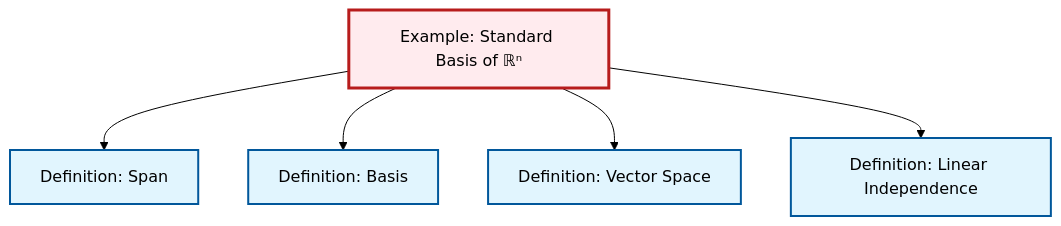
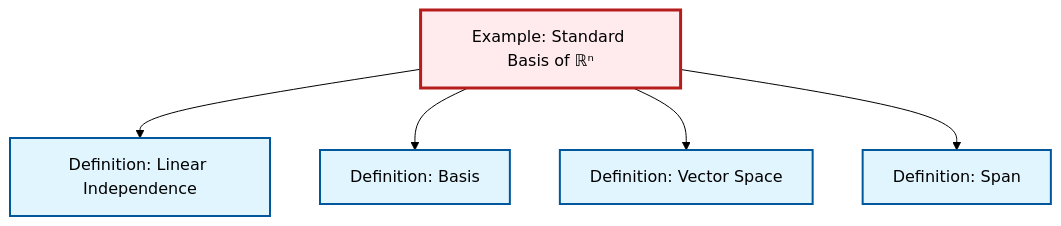
One commit to RK0429/ModernMath changed the diagram in content/en/algebra/ex-standard-basis-rn.qmd. Above: the diagram before and after it, drawn with Mermaid (forest theme). The commit also changed other lines of this file and 17 other files, not shown here.

````diff
--- a/content/en/algebra/ex-standard-basis-rn.qmd
+++ b/content/en/algebra/ex-standard-basis-rn.qmd
@@ -62,23 +62,23 @@
 ```{mermaid}
 %%| fig-cap: "Local dependency graph"
 graph TD
     classDef definition fill:#e1f5fe,stroke:#01579b,stroke-width:2px
     classDef theorem fill:#f3e5f5,stroke:#4a148c,stroke-width:2px
     classDef axiom fill:#fff3e0,stroke:#e65100,stroke-width:2px
     classDef example fill:#e8f5e9,stroke:#1b5e20,stroke-width:2px
     classDef current fill:#ffebee,stroke:#b71c1c,stroke-width:3px
     def-vector-space["Definition: Vector Space"]:::definition
+    def-basis["Definition: Basis"]:::definition
+    def-linear-independence["Definition: Linear Independence"]:::definition
+    ex-standard-basis-rn["Example: Standard Basis of ℝⁿ"]:::example
     def-span["Definition: Span"]:::definition
-    def-basis["Definition: Basis"]:::definition
-    ex-standard-basis-rn["Example: Standard Basis of ℝⁿ"]:::example
-    def-linear-independence["Definition: Linear Independence"]:::definition
-    ex-standard-basis-rn --> def-span
+    ex-standard-basis-rn --> def-linear-independence
     ex-standard-basis-rn --> def-basis
     ex-standard-basis-rn --> def-vector-space
-    ex-standard-basis-rn --> def-linear-independence
+    ex-standard-basis-rn --> def-span
     class ex-standard-basis-rn current
     click def-vector-space "def-vector-space.html" "Go to Vector Space definition"
-    click def-span "def-span.html" "Go to Span definition"
     click def-basis "def-basis.html" "Go to Basis definition"
     click def-linear-independence "def-linear-independence.html" "Go to Linear Independence definition"
+    click def-span "def-span.html" "Go to Span definition"
 ```
````
